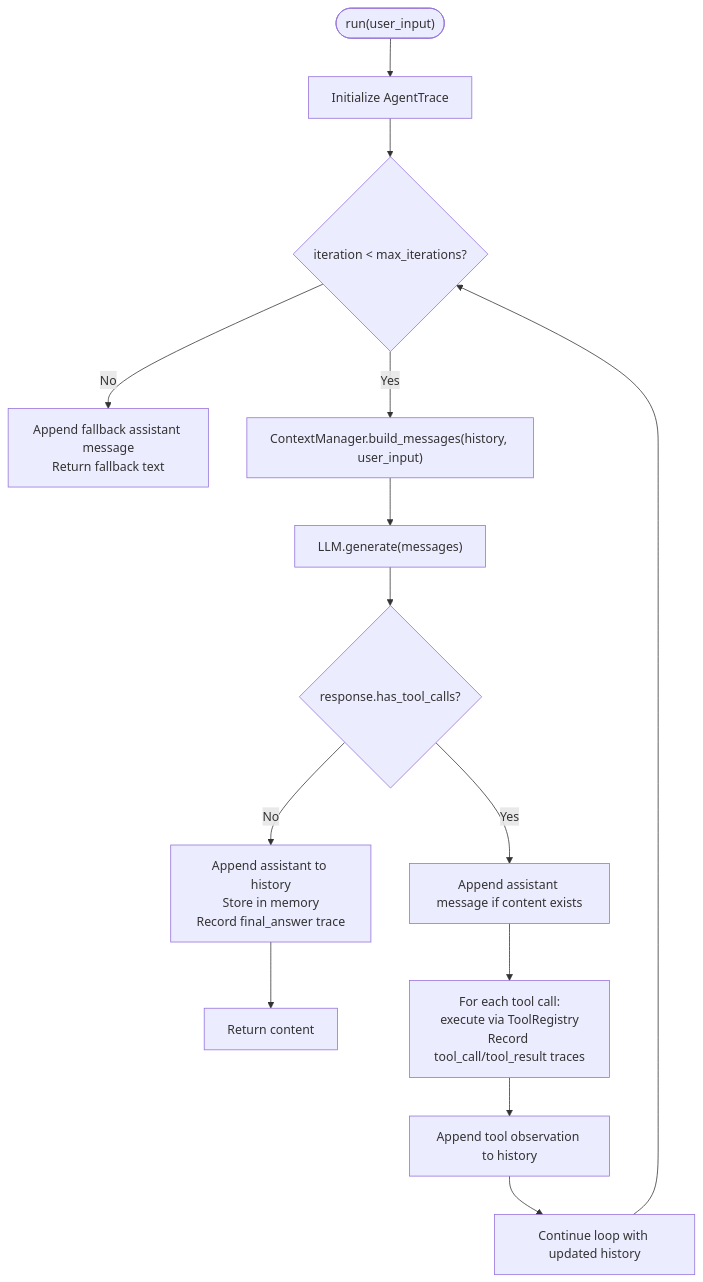
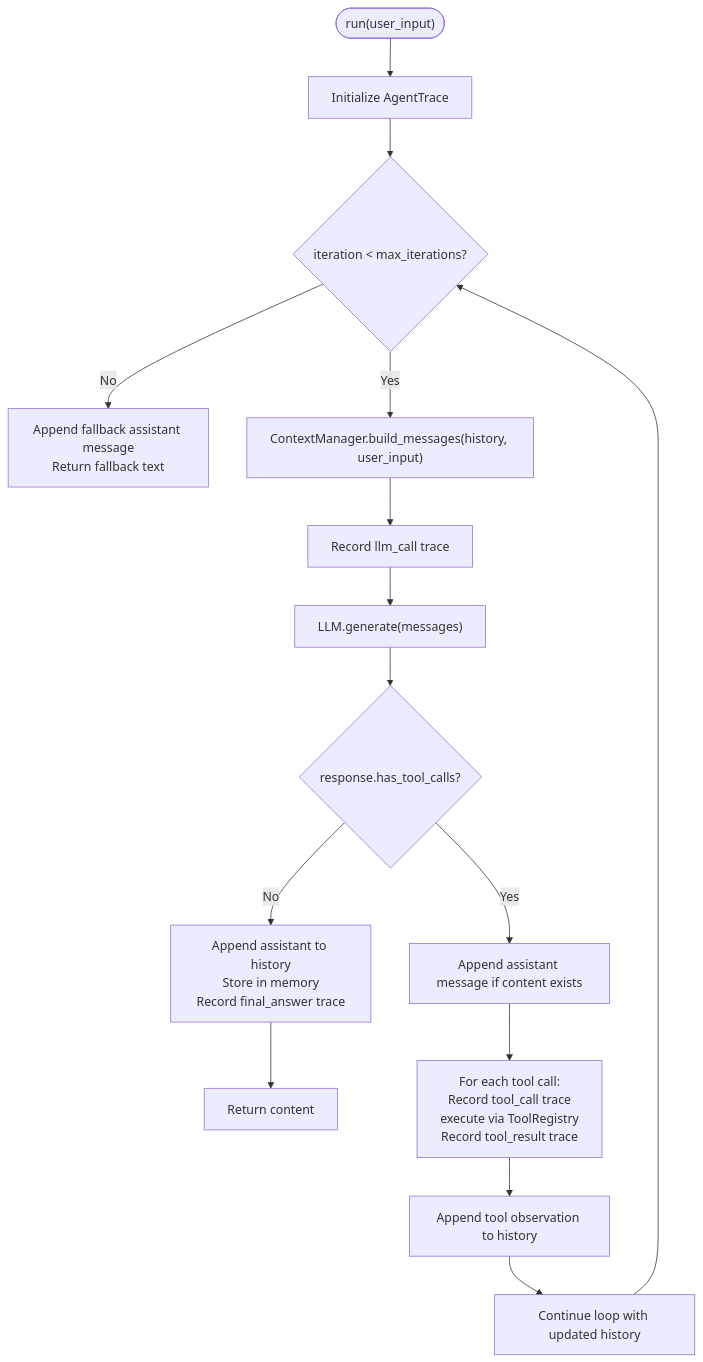
One commit to 1996Paul-Wen/HarnessAIDemo changed the third of 4 diagrams in .qoder/repowiki/en/content/Core Architecture/Agent System/Base Agent.md. Above: the diagram before and after it, drawn with Mermaid. The commit also changed other lines of this file and 4 other files, not shown here.

````diff
--- a/.qoder/repowiki/en/content/Core Architecture/Agent System/Base Agent.md
+++ b/.qoder/repowiki/en/content/Core Architecture/Agent System/Base Agent.md
@@ -174,16 +190,17 @@
 ```mermaid
 flowchart TD
 Start(["run(user_input)"]) --> Init["Initialize AgentTrace"]
 Init --> Loop{"iteration < max_iterations?"}
 Loop --> |No| Fallback["Append fallback assistant message<br/>Return fallback text"]
 Loop --> |Yes| Build["ContextManager.build_messages(history, user_input)"]
-Build --> CallLLM["LLM.generate(messages)"]
+Build --> RecordLLM["Record llm_call trace"]
+RecordLLM --> CallLLM["LLM.generate(messages)"]
 CallLLM --> HasTools{"response.has_tool_calls?"}
 HasTools --> |No| StoreAnswer["Append assistant to history<br/>Store in memory<br/>Record final_answer trace"]
 StoreAnswer --> ReturnAnswer["Return content"]
 HasTools --> |Yes| AppendAssistant["Append assistant message if content exists"]
-AppendAssistant --> ExecTools["For each tool call:<br/>execute via ToolRegistry<br/>Record tool_call/tool_result traces"]
+AppendAssistant --> ExecTools["For each tool call:<br/>Record tool_call trace<br/>execute via ToolRegistry<br/>Record tool_result trace"]
 ExecTools --> AppendObs["Append tool observation to history"]
 AppendObs --> NextIter["Continue loop with updated history"]
 NextIter --> Loop
 ```
````
